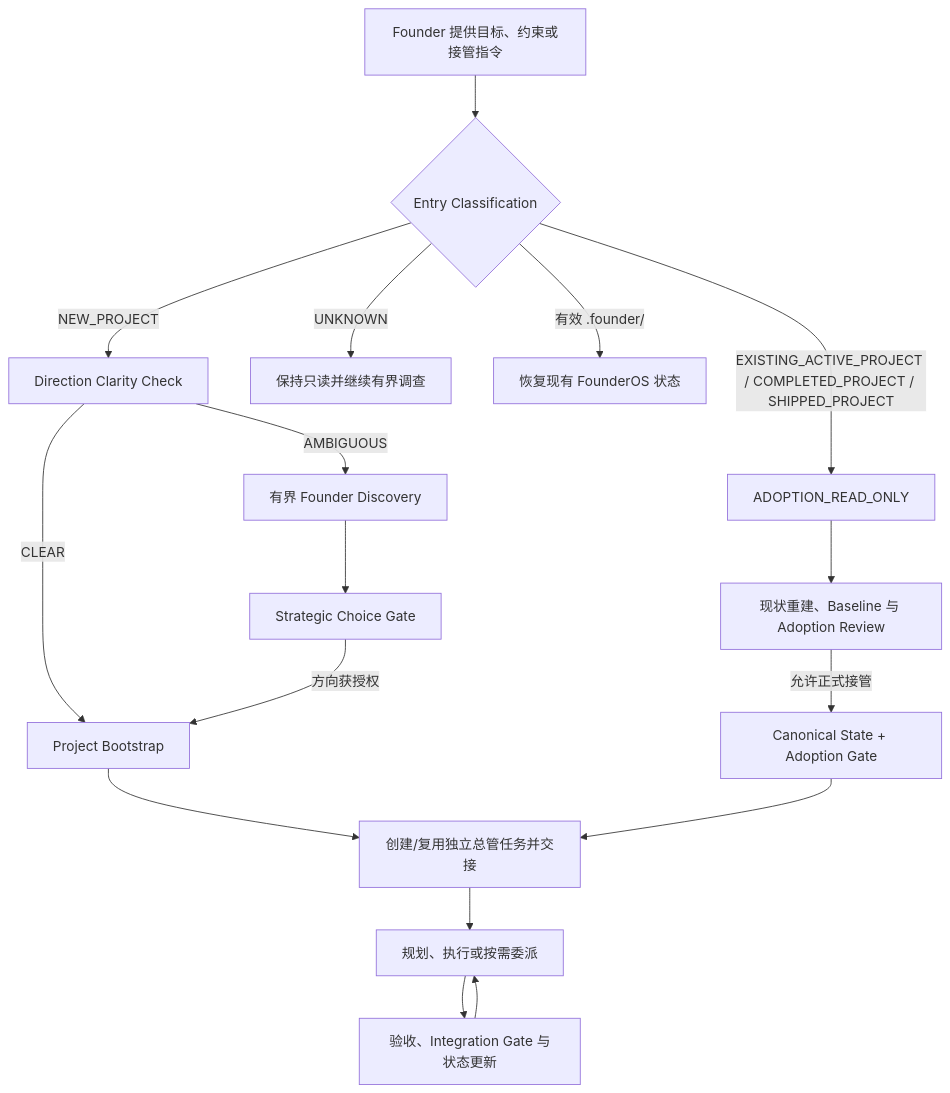
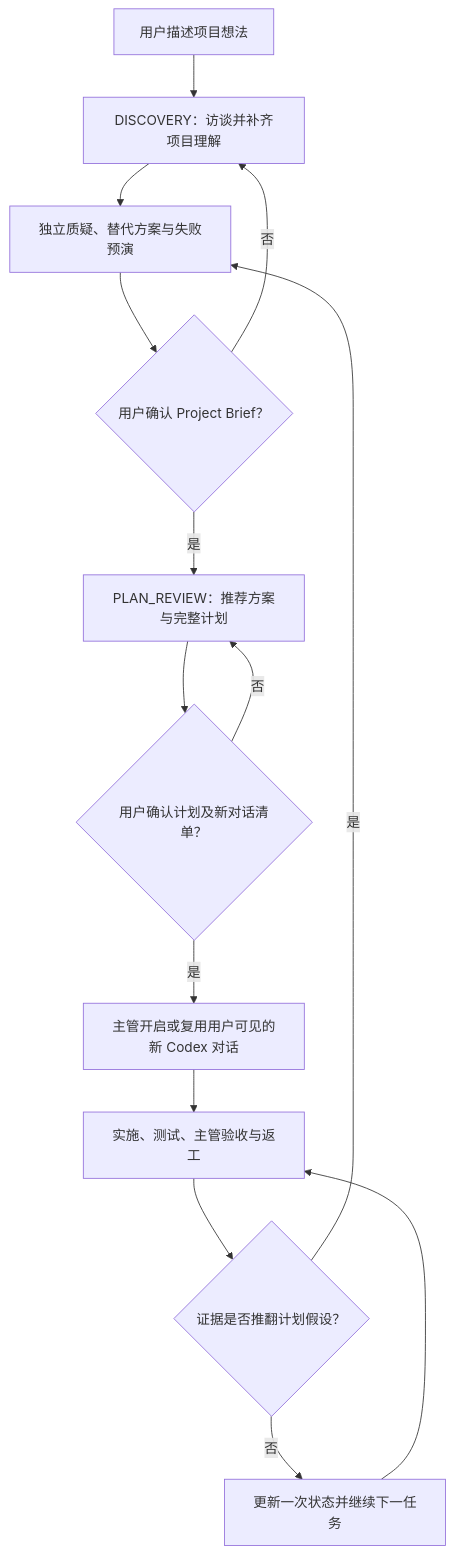
The diagram in .github/README.md (zhouczcz/founder-os), drawn with Mermaid before and after one commit. The commit also changed other lines of this file and 23 other files, not shown here.

Commit message:
release FounderOS V4 project supervisor

````diff
--- a/.github/README.md
+++ b/.github/README.md
@@ -43,19 +41,16 @@
 ```mermaid
 flowchart TD
-    A["Founder 提供目标、约束或接管指令"] --> B{"Entry Classification"}
-    B -->|NEW_PROJECT| C["Direction Clarity Check"]
-    C -->|CLEAR| D["Project Bootstrap"]
-    C -->|AMBIGUOUS| E["有界 Founder Discovery"]
-    E --> F["Strategic Choice Gate"]
-    F -->|方向获授权| D
-    B -->|EXISTING_ACTIVE_PROJECT / COMPLETED_PROJECT / SHIPPED_PROJECT| G["ADOPTION_READ_ONLY"]
-    B -->|UNKNOWN| L["保持只读并继续有界调查"]
-    B -->|有效 .founder/| M["恢复现有 FounderOS 状态"]
-    G --> H["现状重建、Baseline 与 Adoption Review"]
-    H -->|允许正式接管| I["Canonical State + Adoption Gate"]
-    D --> N["创建/复用独立总管任务并交接"]
-    I --> N
-    N --> J["规划、执行或按需委派"]
-    J --> K["验收、Integration Gate 与状态更新"]
-    K --> J
+    A["用户描述项目想法"] --> B["DISCOVERY：访谈并补齐项目理解"]
+    B --> C["独立质疑、替代方案与失败预演"]
+    C --> D{"用户确认 Project Brief？"}
+    D -->|否| B
+    D -->|是| E["PLAN_REVIEW：推荐方案与完整计划"]
+    E --> F{"用户确认计划及新对话清单？"}
+    F -->|否| E
+    F -->|是| G["主管开启或复用用户可见的新 Codex 对话"]
+    G --> H["实施、测试、主管验收与返工"]
+    H --> I{"证据是否推翻计划假设？"}
+    I -->|是| C
+    I -->|否| J["更新一次状态并继续下一任务"]
+    J --> H
 ```
````
